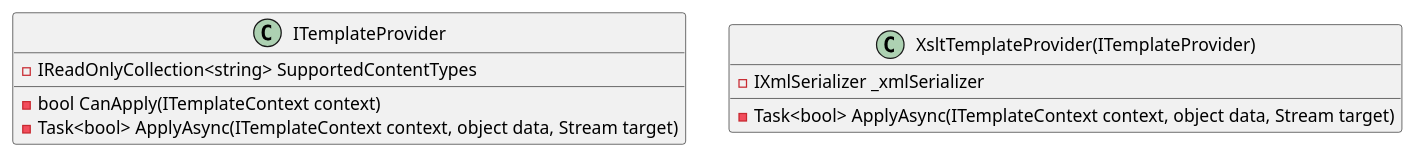
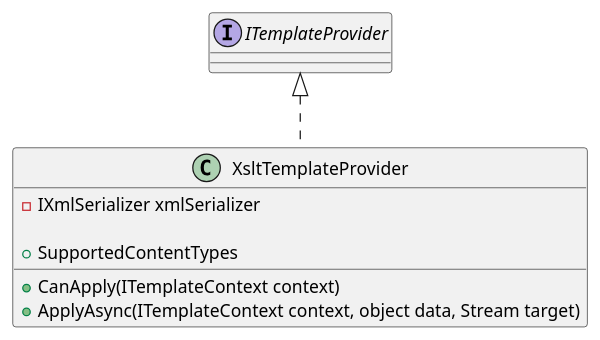
The fifth of 5 diagrams in docs/generated/Framework/Eliassen.System/Text/Templating/Documentation.md (mwwhited-forks/dotnet-libs), drawn with PlantUML before and after one commit. The commit also changed other lines of this file and 444 other files, not shown here.

````diff
--- a/docs/generated/Framework/Eliassen.System/Text/Templating/Documentation.md
+++ b/docs/generated/Framework/Eliassen.System/Text/Templating/Documentation.md
@@ -88,14 +133,12 @@
 ```plantuml
 @startuml
-class ITemplateProvider {
-    - IReadOnlyCollection<string> SupportedContentTypes
-    - bool CanApply(ITemplateContext context)
-    - Task<bool> ApplyAsync(ITemplateContext context, object data, Stream target)
+class XsltTemplateProvider implements ITemplateProvider {
+  - IXmlSerializer xmlSerializer
+
+  + SupportedContentTypes
+  + CanApply(ITemplateContext context)
+  + ApplyAsync(ITemplateContext context, object data, Stream target)
 }
 
-class XsltTemplateProvider(ITemplateProvider) {
-    - IXmlSerializer _xmlSerializer
-    - Task<bool> ApplyAsync(ITemplateContext context, object data, Stream target)
-}
 @enduml
 ```
````
